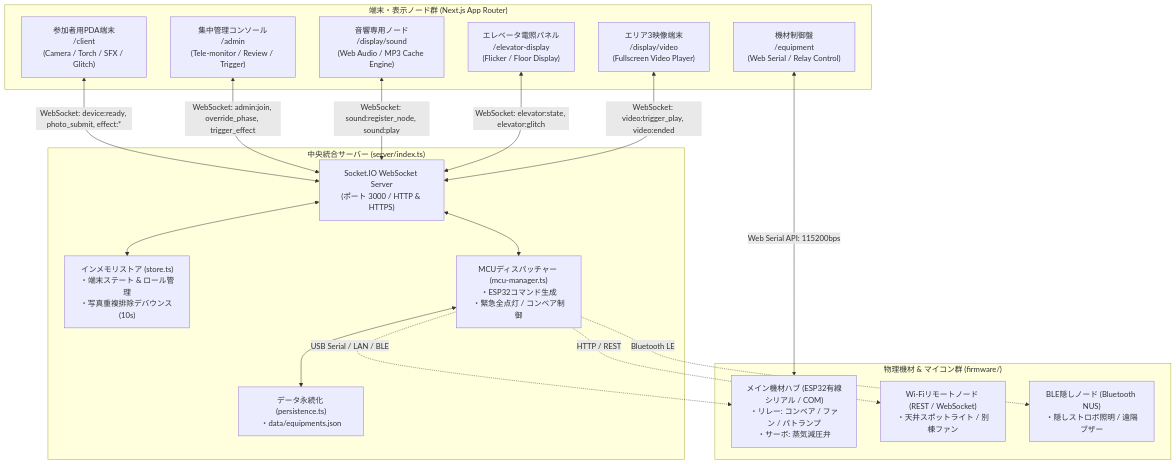
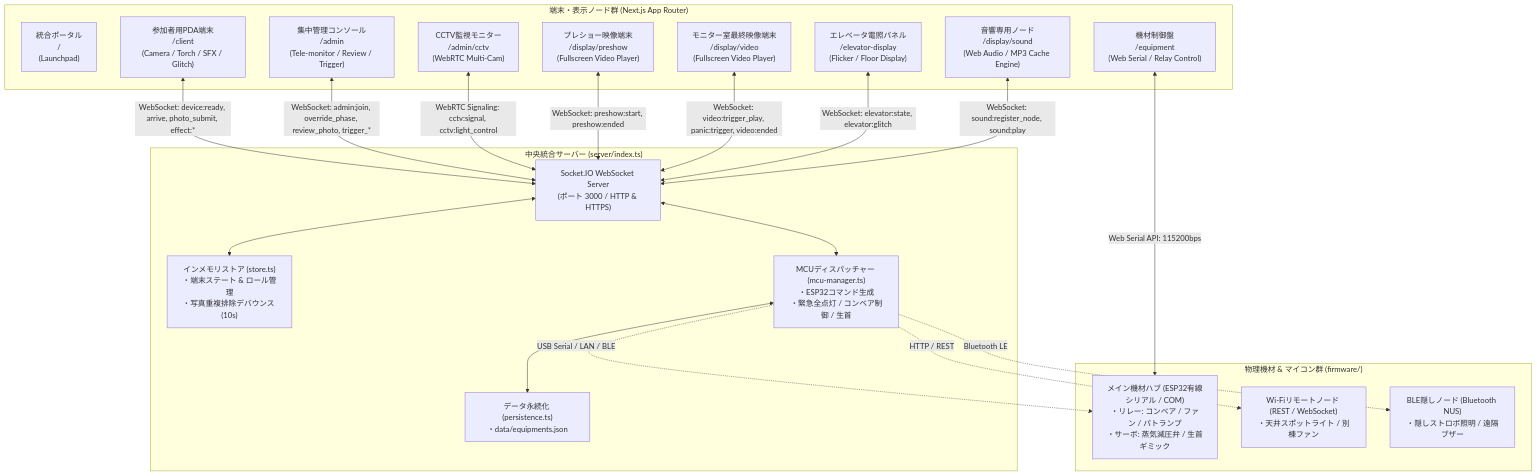
The diagram in README.md (shikunaku/2026gionsai2), drawn with Mermaid before and after one commit. The commit also changed other lines of this file, not shown here.

````diff
--- a/README.md
+++ b/README.md
@@ -14,38 +14,43 @@
 ```mermaid
 graph TD
     subgraph Clients["端末・表示ノード群 (Next.js App Router)"]
+        Portal["統合ポータル<br/>/<br/>(Launchpad)"]
         PDA["参加者用PDA端末<br/>/client<br/>(Camera / Torch / SFX / Glitch)"]
         Admin["集中管理コンソール<br/>/admin<br/>(Tele-monitor / Review / Trigger)"]
+        CCTV["CCTV監視モニター<br/>/admin/cctv<br/>(WebRTC Multi-Cam)"]
+        PreshowDisp["プレショー映像端末<br/>/display/preshow<br/>(Fullscreen Video Player)"]
+        ElevatorDisp["エレベータ電照パネル<br/>/elevator-display<br/>(Flicker / Floor Display)"]
+        VideoDisp["モニター室最終映像端末<br/>/display/video<br/>(Fullscreen Video Player)"]
         SoundNode["音響専用ノード<br/>/display/sound<br/>(Web Audio / MP3 Cache Engine)"]
-        ElevatorDisp["エレベータ電照パネル<br/>/elevator-display<br/>(Flicker / Floor Display)"]
-        VideoDisp["エリア3映像端末<br/>/display/video<br/>(Fullscreen Video Player)"]
         EquipPanel["機材制御盤<br/>/equipment<br/>(Web Serial / Relay Control)"]
     end
 
     subgraph Server["中央統合サーバー (server/index.ts)"]
         SocketServer["Socket.IO WebSocket Server<br/>(ポート 3000 / HTTP & HTTPS)"]
         Store["インメモリストア (store.ts)<br/>・端末ステート & ロール管理<br/>・写真重複排除デバウンス (10s)"]
-        McuMgr["MCUディスパッチャー (mcu-manager.ts)<br/>・ESP32コマンド生成<br/>・緊急全点灯 / コンベア制御"]
+        McuMgr["MCUディスパッチャー (mcu-manager.ts)<br/>・ESP32コマンド生成<br/>・緊急全点灯 / コンベア制御 / 生首"]
         Persistence["データ永続化 (persistence.ts)<br/>・data/equipments.json"]
     end
 
     subgraph Hardware["物理機材 & マイコン群 (firmware/)"]
-        ESP_Main["メイン機材ハブ (ESP32有線シリアル / COM)<br/>・リレー: コンベア / ファン / パトランプ<br/>・サーボ: 蒸気減圧弁"]
+        ESP_Main["メイン機材ハブ (ESP32有線シリアル / COM)<br/>・リレー: コンベア / ファン / パトランプ<br/>・サーボ: 蒸気減圧弁 / 生首ギミック"]
         ESP_WiFi["Wi-Fiリモートノード (REST / WebSocket)<br/>・天井スポットライト / 別棟ファン"]
         ESP_BLE["BLE隠しノード (Bluetooth NUS)<br/>・隠しストロボ照明 / 遠隔ブザー"]
     end
 
-    PDA <-->|WebSocket: device:ready, photo_submit, effect:*| SocketServer
-    Admin <-->|WebSocket: admin:join, override_phase, trigger_effect| SocketServer
+    PDA <-->|WebSocket: device:ready, arrive, photo_submit, effect:*| SocketServer
+    Admin <-->|WebSocket: admin:join, override_phase, review_photo, trigger_*| SocketServer
+    CCTV <-->|WebRTC Signaling: cctv:signal, cctv:light_control| SocketServer
+    PreshowDisp <-->|WebSocket: preshow:start, preshow:ended| SocketServer
+    VideoDisp <-->|WebSocket: video:trigger_play, panic:trigger, video:ended| SocketServer
+    ElevatorDisp <-->|WebSocket: elevator:state, elevator:glitch| SocketServer
     SoundNode <-->|WebSocket: sound:register_node, sound:play| SocketServer
-    ElevatorDisp <-->|WebSocket: elevator:state, elevator:glitch| SocketServer
-    VideoDisp <-->|WebSocket: video:trigger_play, video:ended| SocketServer
     EquipPanel <-->|Web Serial API: 115200bps| ESP_Main
 
     SocketServer <--> Store
     SocketServer <--> McuMgr
     McuMgr <--> Persistence
     McuMgr -.->|USB Serial / LAN / BLE| ESP_Main
     McuMgr -.->|HTTP / REST| ESP_WiFi
     McuMgr -.->|Bluetooth LE| ESP_BLE
 ```
````
